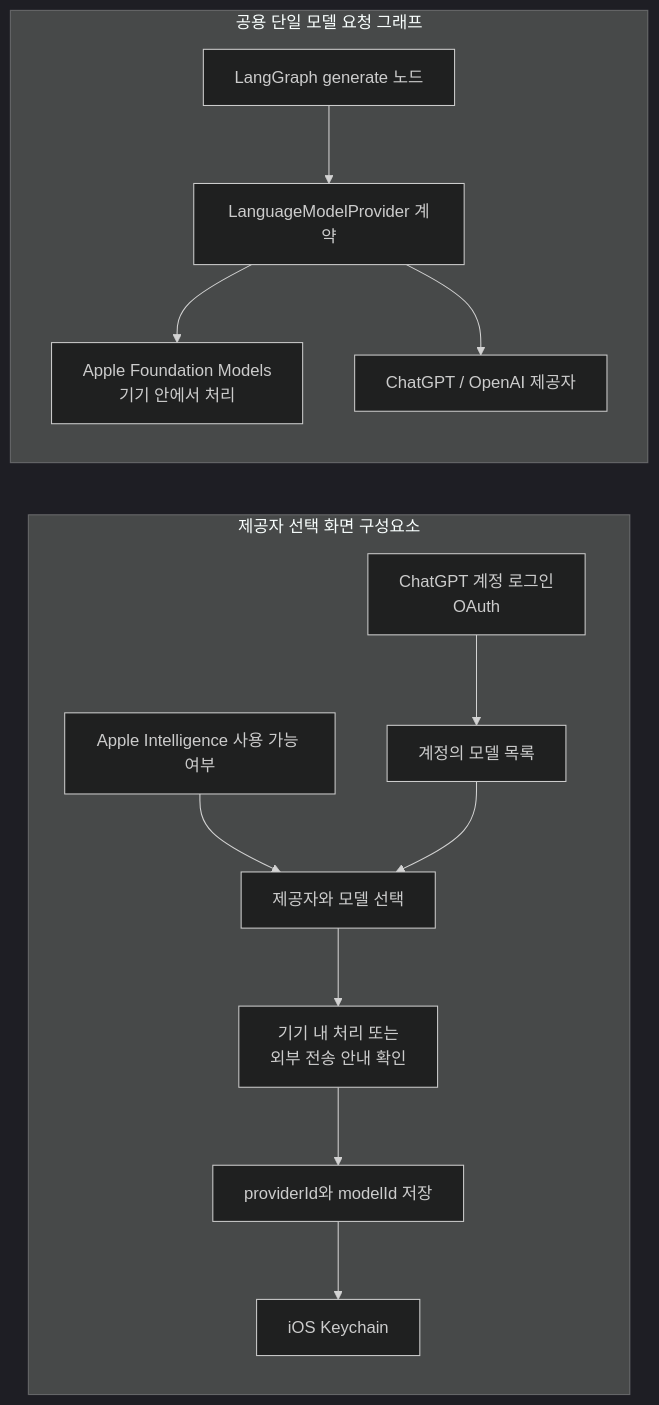
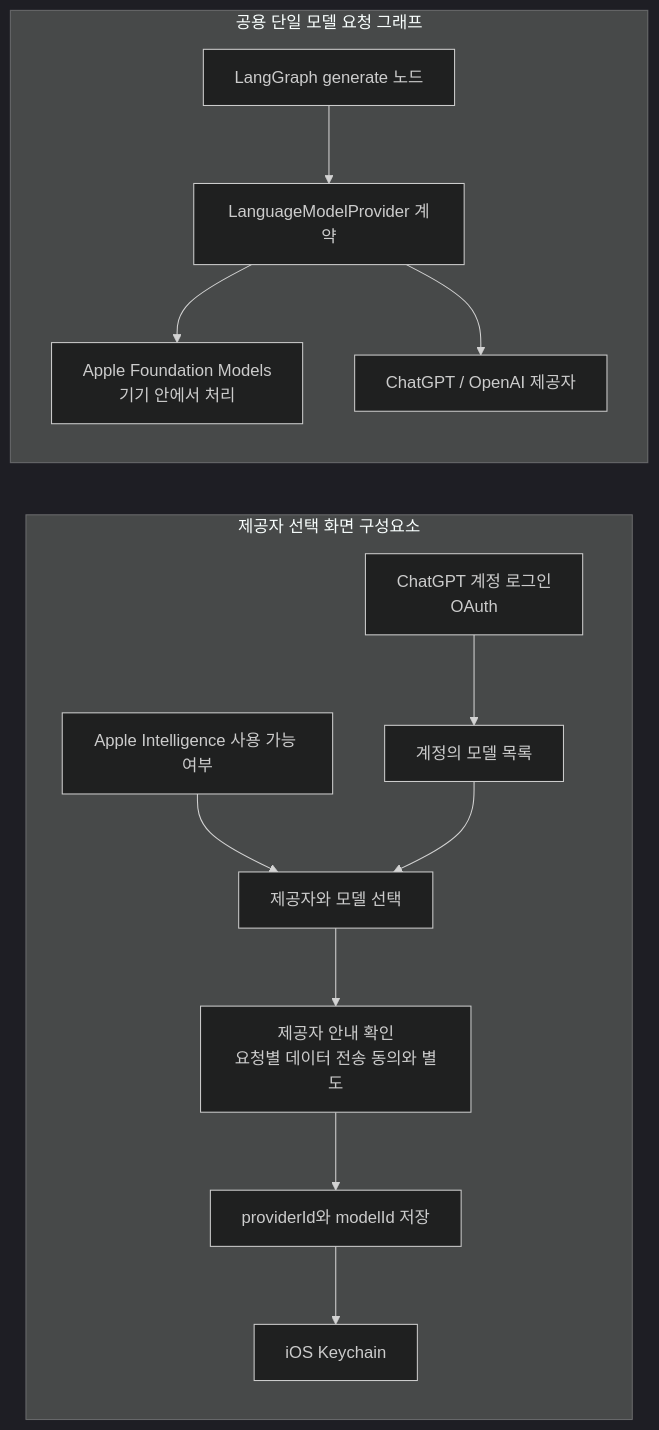
Before and after one commit to eunsoogi/orot: the fourth of 6 diagrams in README.md, drawn with Mermaid (dark theme). The commit also changed other lines of this file, not shown here.

Commit message:
docs(readme): clarify architecture and data flow

````diff
--- a/README.md
+++ b/README.md
@@ -106,25 +146,25 @@
 ```mermaid
 flowchart LR
   subgraph selection["제공자 선택 화면 구성요소"]
     appleOption["Apple Intelligence 사용 가능 여부"]
     account["ChatGPT 계정 로그인<br/>OAuth"]
     catalog["계정의 모델 목록"]
     choose["제공자와 모델 선택"]
-    confirm["기기 내 처리 또는<br/>외부 전송 안내 확인"]
+    confirm["제공자 안내 확인<br/>요청별 데이터 전송 동의와 별도"]
     identifiers["providerId와 modelId 저장"]
     keychain["iOS Keychain"]
     appleOption --> choose
     account --> catalog --> choose
     choose --> confirm --> identifiers --> keychain
   end
 
   subgraph execution["공용 단일 모델 요청 그래프"]
     providerGraph["LangGraph generate 노드"]
     contract["LanguageModelProvider 계약"]
     apple["Apple Foundation Models<br/>기기 안에서 처리"]
     openai["ChatGPT / OpenAI 제공자"]
     providerGraph --> contract
     contract --> apple
     contract --> openai
   end
 ```
````
